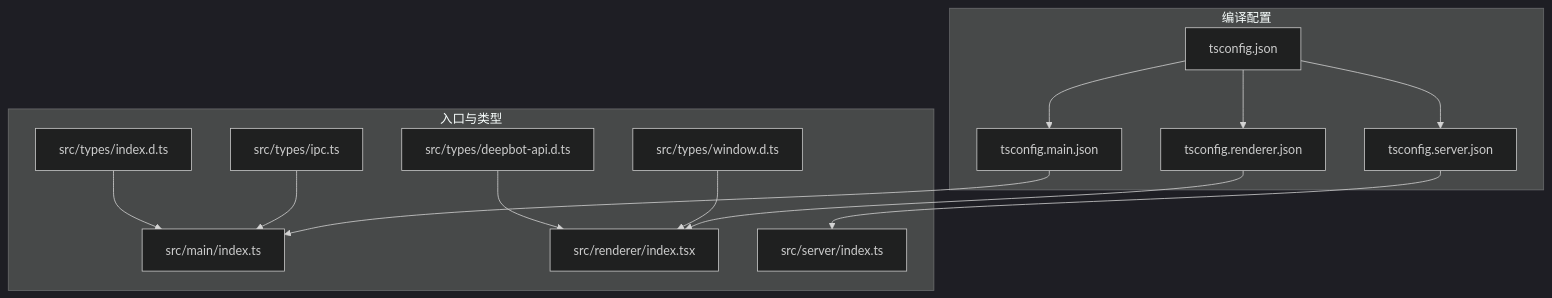
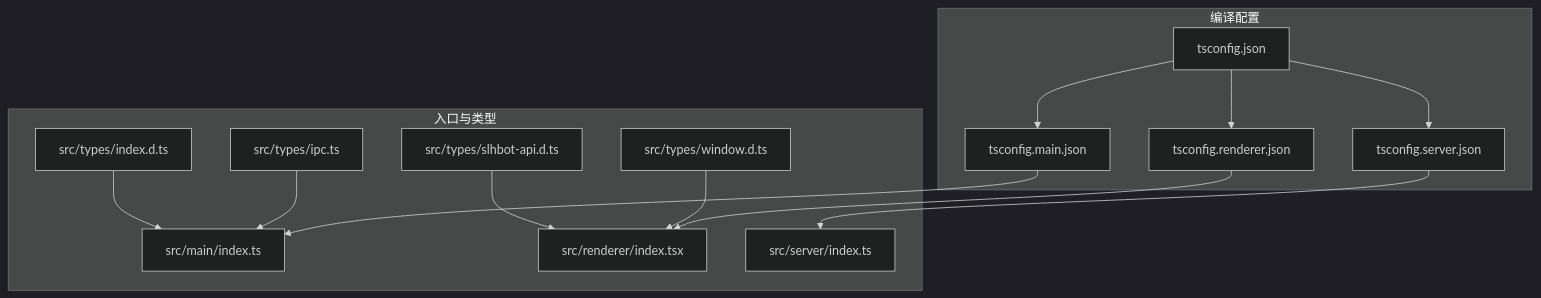
Before and after one commit to HEROhuqinchao/deepbot: the second of 7 diagrams in .qoder/repowiki/zh/content/开发和部署/构建和打包/TypeScript 编译配置.md, drawn with Mermaid (dark theme). The commit also changed other lines of this file and 250 other files, not shown here.

````diff
--- a/.qoder/repowiki/zh/content/开发和部署/构建和打包/TypeScript 编译配置.md
+++ b/.qoder/repowiki/zh/content/开发和部署/构建和打包/TypeScript 编译配置.md
@@ -100,28 +100,28 @@
 ```mermaid
 graph TB
 subgraph "编译配置"
 R["tsconfig.json"]
 M["tsconfig.main.json"]
 N["tsconfig.renderer.json"]
 S["tsconfig.server.json"]
 end
 subgraph "入口与类型"
 ME["src/main/index.ts"]
 RE["src/renderer/index.tsx"]
 SE["src/server/index.ts"]
 WT["src/types/window.d.ts"]
 IPC["src/types/ipc.ts"]
 IDX["src/types/index.d.ts"]
-API["src/types/deepbot-api.d.ts"]
+API["src/types/slhbot-api.d.ts"]
 end
 R --> M
 R --> N
 R --> S
 M --> ME
 N --> RE
 S --> SE
 WT --> RE
 IPC --> ME
 IDX --> ME
 API --> RE
 ```
````
